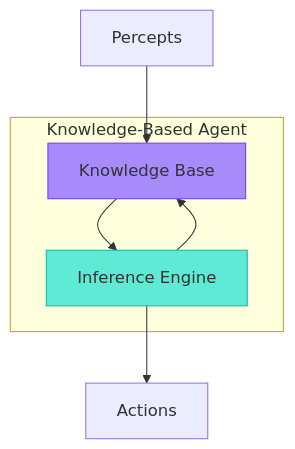
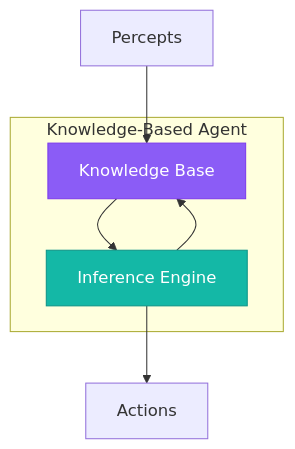
One commit to NuriaGarciaV/ia_p26 changed the second of 3 diagrams in clase/03_logica/01_intro.md. Above: the diagram before and after it, drawn with Mermaid. The commit also changed other lines of this file and 5 other files, not shown here.

Commit message:
improved mermaid colouring

````diff
--- a/clase/03_logica/01_intro.md
+++ b/clase/03_logica/01_intro.md
@@ -59,15 +59,15 @@
 ```mermaid
 graph TD
     subgraph "Knowledge-Based Agent"
         KB[Knowledge Base]
         INF[Inference Engine]
     end
     
     P[Percepts] --> KB
     KB --> INF
     INF --> KB
     INF --> A[Actions]
     
-    style KB fill:#a78bfa,stroke:#7c3aed
-    style INF fill:#5eead4,stroke:#14b8a6
+    style KB fill:#8b5cf6,stroke:#7c3aed,color:#fff
+    style INF fill:#14b8a6,stroke:#0d9488,color:#fff
 ```
````
